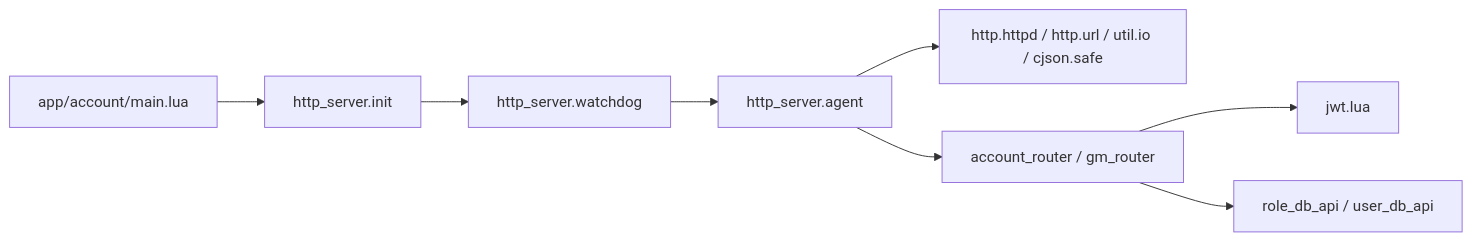
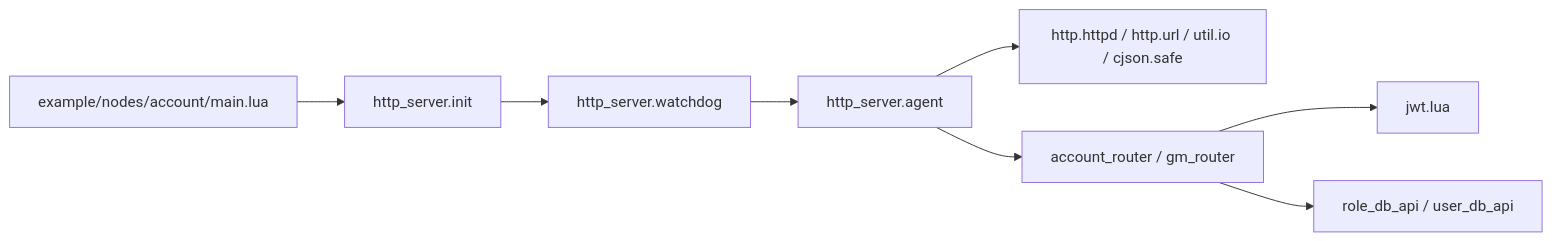
One commit to hanxi/skyext changed the fourth of 4 diagrams in docs/repowiki/zh/content/核心模块/HTTP 服务器/路由系统.md. Above: the diagram before and after it, drawn with Mermaid. The commit also changed other lines of this file and 117 other files, not shown here.

````diff
--- a/docs/repowiki/zh/content/核心模块/HTTP 服务器/路由系统.md
+++ b/docs/repowiki/zh/content/核心模块/HTTP 服务器/路由系统.md
@@ -192,10 +192,10 @@
 ```mermaid
 graph LR
-App["app/account/main.lua"] --> HS["http_server.init"]
+App["example/nodes/account/main.lua"] --> HS["http_server.init"]
 HS --> WD["http_server.watchdog"]
 WD --> AG["http_server.agent"]
 AG --> Libs["http.httpd / http.url / util.io / cjson.safe"]
 AG --> Biz["account_router / gm_router"]
 Biz --> JWT["jwt.lua"]
 Biz --> DB["role_db_api / user_db_api"]
 ```
````
